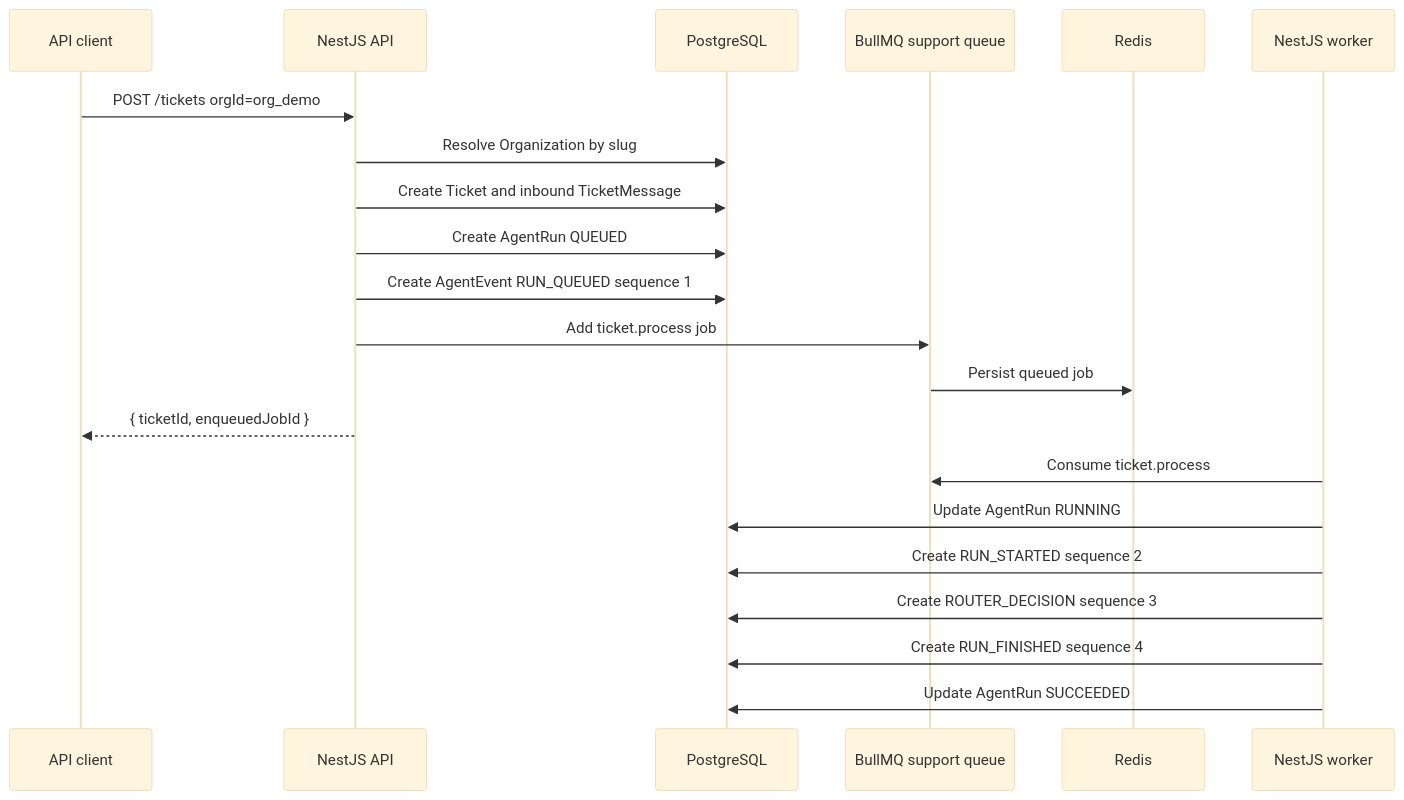
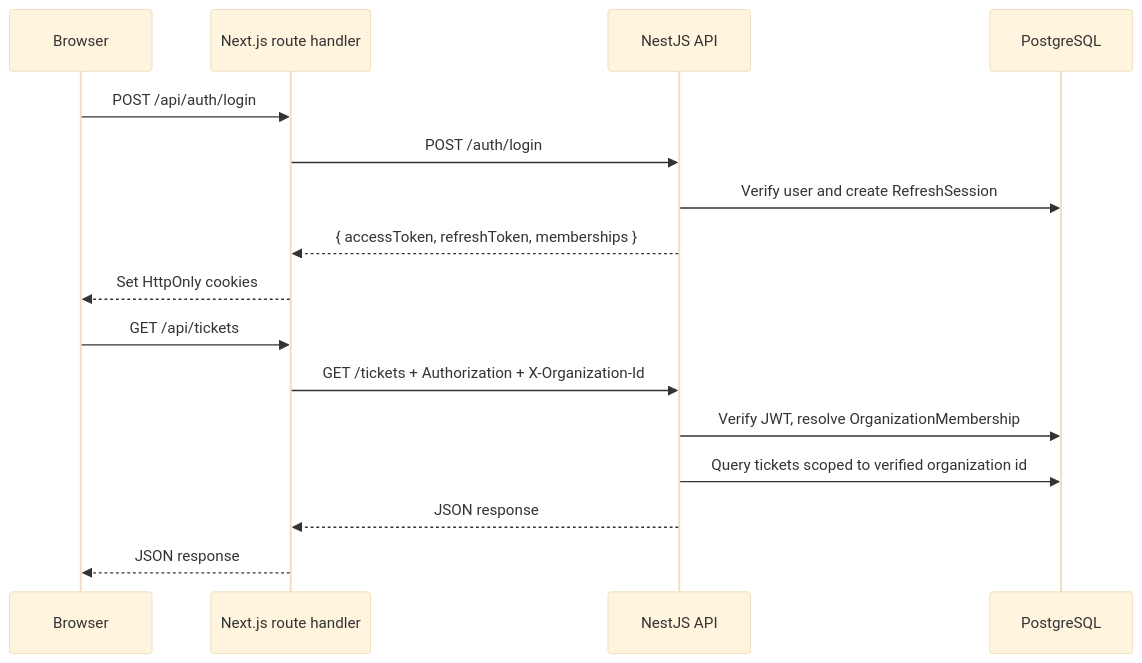
The second of 3 diagrams in docs/architecture.md (its-arnavtech/Autonomous-CSA), drawn with Mermaid (base theme) before and after one commit. The commit also changed other lines of this file and 92 other files, not shown here.

````diff
--- a/docs/architecture.md
+++ b/docs/architecture.md
@@ -40,24 +33,20 @@
 ```mermaid
 sequenceDiagram
-  participant Client as API client
+  participant Browser
+  participant Web as Next.js route handler
   participant API as NestJS API
   participant DB as PostgreSQL
-  participant Queue as BullMQ support queue
-  participant Redis as Redis
-  participant Worker as NestJS worker
 
-  Client->>API: POST /tickets orgId=org_demo
-  API->>DB: Resolve Organization by slug
-  API->>DB: Create Ticket and inbound TicketMessage
-  API->>DB: Create AgentRun QUEUED
-  API->>DB: Create AgentEvent RUN_QUEUED sequence 1
-  API->>Queue: Add ticket.process job
-  Queue->>Redis: Persist queued job
-  API-->>Client: { ticketId, enqueuedJobId }
-  Worker->>Queue: Consume ticket.process
-  Worker->>DB: Update AgentRun RUNNING
-  Worker->>DB: Create RUN_STARTED sequence 2
-  Worker->>DB: Create ROUTER_DECISION sequence 3
-  Worker->>DB: Create RUN_FINISHED sequence 4
-  Worker->>DB: Update AgentRun SUCCEEDED
+  Browser->>Web: POST /api/auth/login
+  Web->>API: POST /auth/login
+  API->>DB: Verify user and create RefreshSession
+  API-->>Web: { accessToken, refreshToken, memberships }
+  Web-->>Browser: Set HttpOnly cookies
+
+  Browser->>Web: GET /api/tickets
+  Web->>API: GET /tickets + Authorization + X-Organization-Id
+  API->>DB: Verify JWT, resolve OrganizationMembership
+  API->>DB: Query tickets scoped to verified organization id
+  API-->>Web: JSON response
+  Web-->>Browser: JSON response
 ```
````
